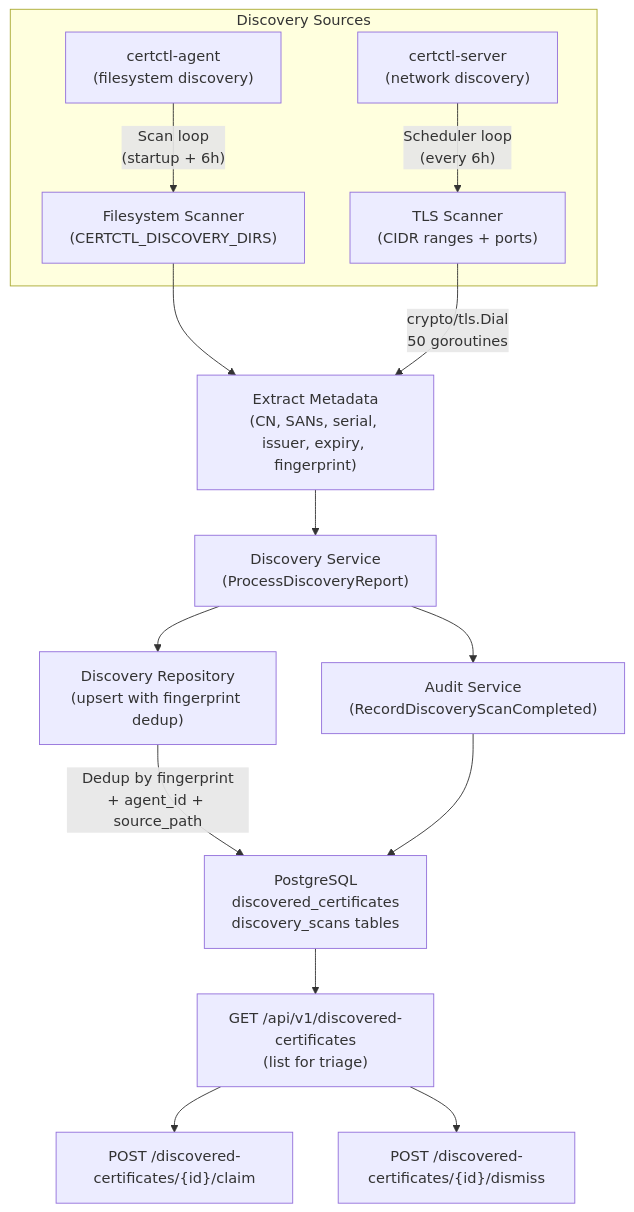
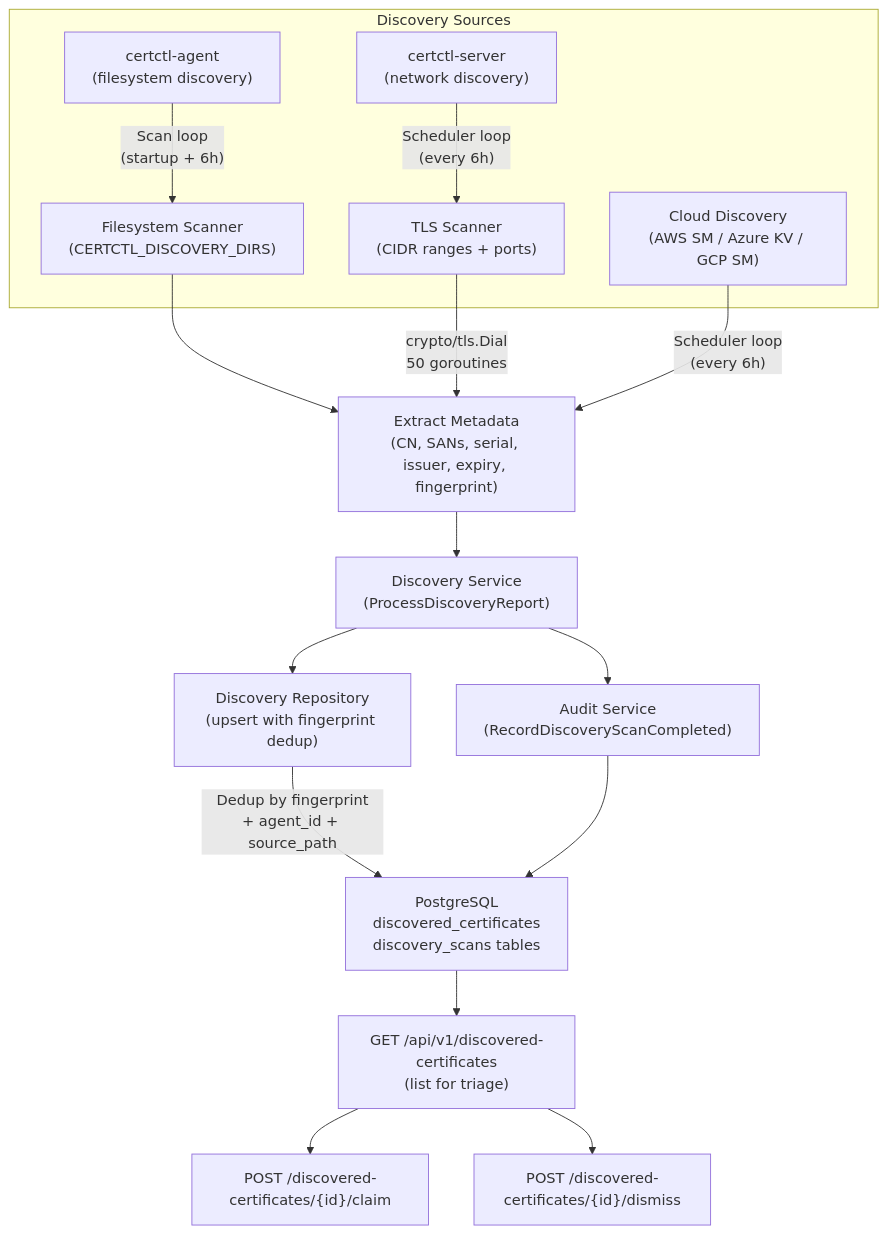
One commit to certctl-io/certctl changed diagram 14 of 14 in docs/architecture.md. Above: the diagram before and after it, drawn with Mermaid. The commit also changed other lines of this file and 18 other files, not shown here.

First line of the commit message:
feat(M50): cloud secret manager discovery — AWS SM, Azure KV, GCP SM

````diff
--- a/docs/architecture.md
+++ b/docs/architecture.md
@@ -966,31 +966,33 @@
 ```mermaid
 flowchart TB
     subgraph "Discovery Sources"
         AGENT["certctl-agent\n(filesystem discovery)"]
         SCAN["Filesystem Scanner\n(CERTCTL_DISCOVERY_DIRS)"]
         SERVER["certctl-server\n(network discovery)"]
         NETSCAN["TLS Scanner\n(CIDR ranges + ports)"]
+        CLOUD["Cloud Discovery\n(AWS SM / Azure KV / GCP SM)"]
     end
 
     EXTRACT["Extract Metadata\n(CN, SANs, serial, issuer, expiry, fingerprint)"]
     SERVICE["Discovery Service\n(ProcessDiscoveryReport)"]
     REPO["Discovery Repository\n(upsert with fingerprint dedup)"]
     DB["PostgreSQL\ndiscovered_certificates\ndiscovery_scans tables"]
     AUDIT["Audit Service\n(RecordDiscoveryScanCompleted)"]
     API_LIST["GET /api/v1/discovered-certificates\n(list for triage)"]
     API_CLAIM["POST /discovered-certificates/{id}/claim"]
     API_DISMISS["POST /discovered-certificates/{id}/dismiss"]
 
     AGENT -->|"Scan loop\n(startup + 6h)"| SCAN
     SCAN --> EXTRACT
     SERVER -->|"Scheduler loop\n(every 6h)"| NETSCAN
     NETSCAN -->|"crypto/tls.Dial\n50 goroutines"| EXTRACT
+    CLOUD -->|"Scheduler loop\n(every 6h)"| EXTRACT
     EXTRACT --> SERVICE
     SERVICE --> REPO
     REPO -->|"Dedup by fingerprint\n+ agent_id + source_path"| DB
     SERVICE --> AUDIT
     AUDIT --> DB
     DB --> API_LIST
     API_LIST --> API_CLAIM
     API_LIST --> API_DISMISS
 ```
````
